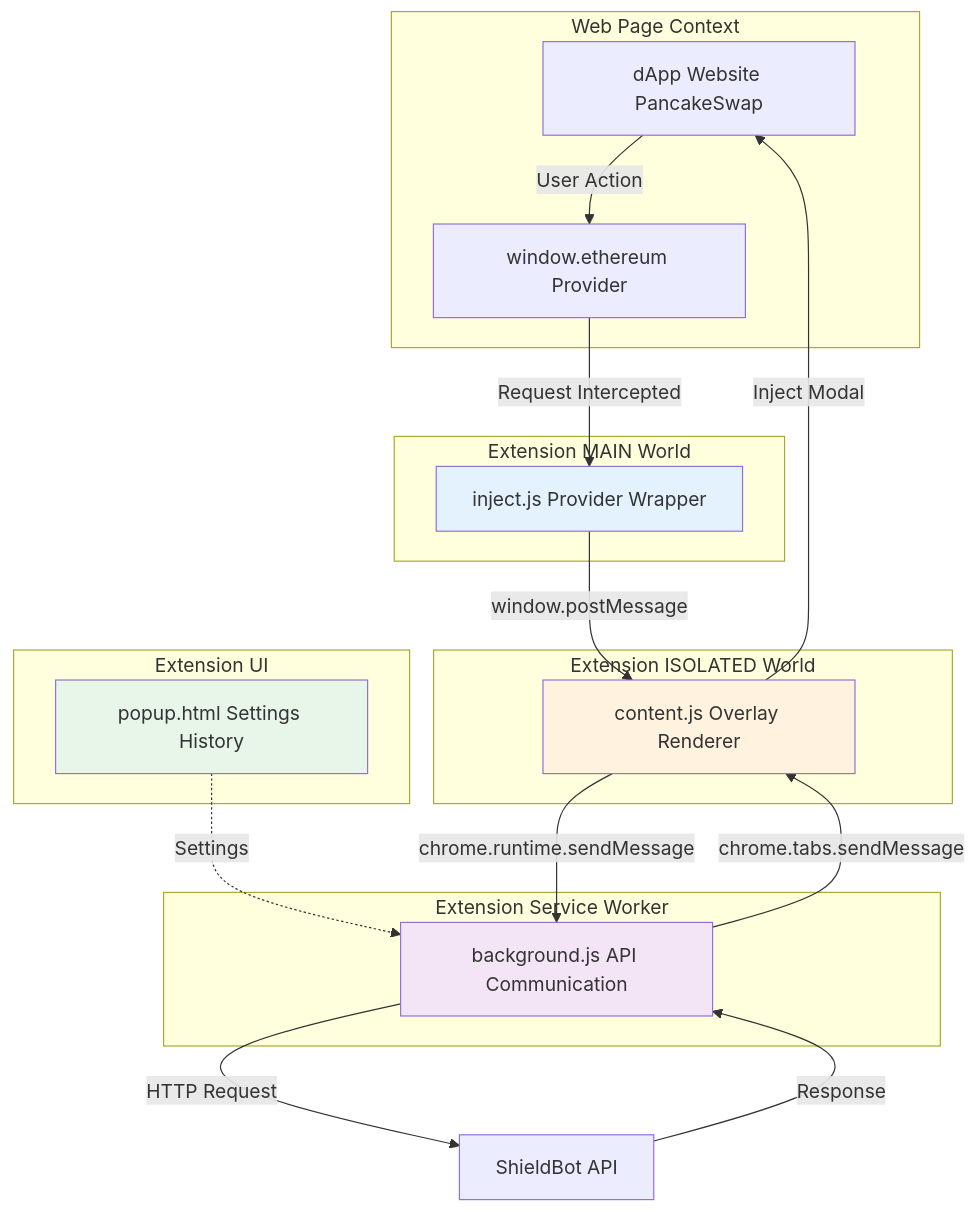
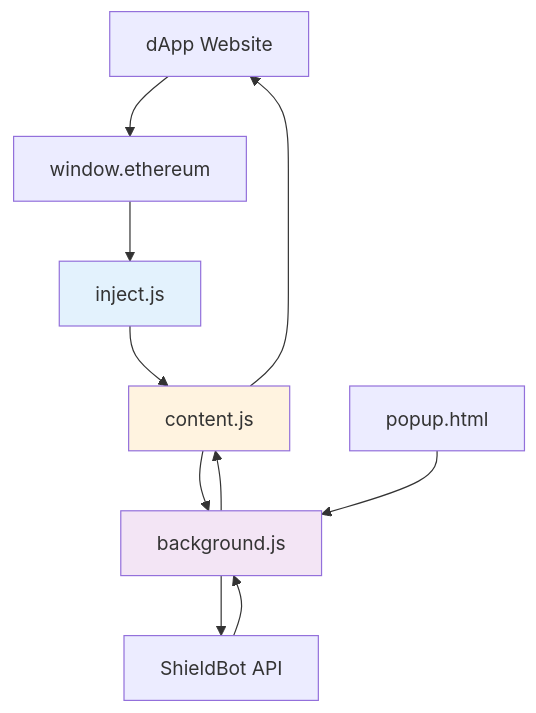
One commit to Ridwannurudeen/shieldbot changed the fourth of 6 diagrams in docs/ARCHITECTURE_DIAGRAM.md. Above: the diagram before and after it, drawn with Mermaid. The commit also changed other lines of this file, not shown here.

Commit message:
Simplify Mermaid diagrams for GitHub compatibility

````diff
--- a/docs/ARCHITECTURE_DIAGRAM.md
+++ b/docs/ARCHITECTURE_DIAGRAM.md
@@ -202,39 +117,16 @@
 ```mermaid
-graph TB
-    subgraph "Web Page Context"
-        A[dApp Website PancakeSwap]
-        B[window.ethereum Provider]
-    end
-
-    subgraph "Extension MAIN World"
-        C[inject.js Provider Wrapper]
-    end
-
-    subgraph "Extension ISOLATED World"
-        D[content.js Overlay Renderer]
-    end
-
-    subgraph "Extension Service Worker"
-        E[background.js API Communication]
-    end
-
-    subgraph "Extension UI"
-        F[popup.html Settings History]
-    end
-
-    A -->|User Action| B
-    B -->|Request Intercepted| C
-    C -->|window.postMessage| D
-    D -->|chrome.runtime.sendMessage| E
-    E -->|HTTP Request| G[ShieldBot API]
-    G -->|Response| E
-    E -->|chrome.tabs.sendMessage| D
-    D -->|Inject Modal| A
-
-    F -.->|Settings| E
+flowchart TB
+    A[dApp Website] --> B[window.ethereum]
+    B --> C[inject.js]
+    C --> D[content.js]
+    D --> E[background.js]
+    E --> G[ShieldBot API]
+    G --> E
+    E --> D
+    D --> A
+    F[popup.html] --> E
 
     style C fill:#e3f2fd
     style D fill:#fff3e0
     style E fill:#f3e5f5
-    style F fill:#e8f5e9
 ```
````
